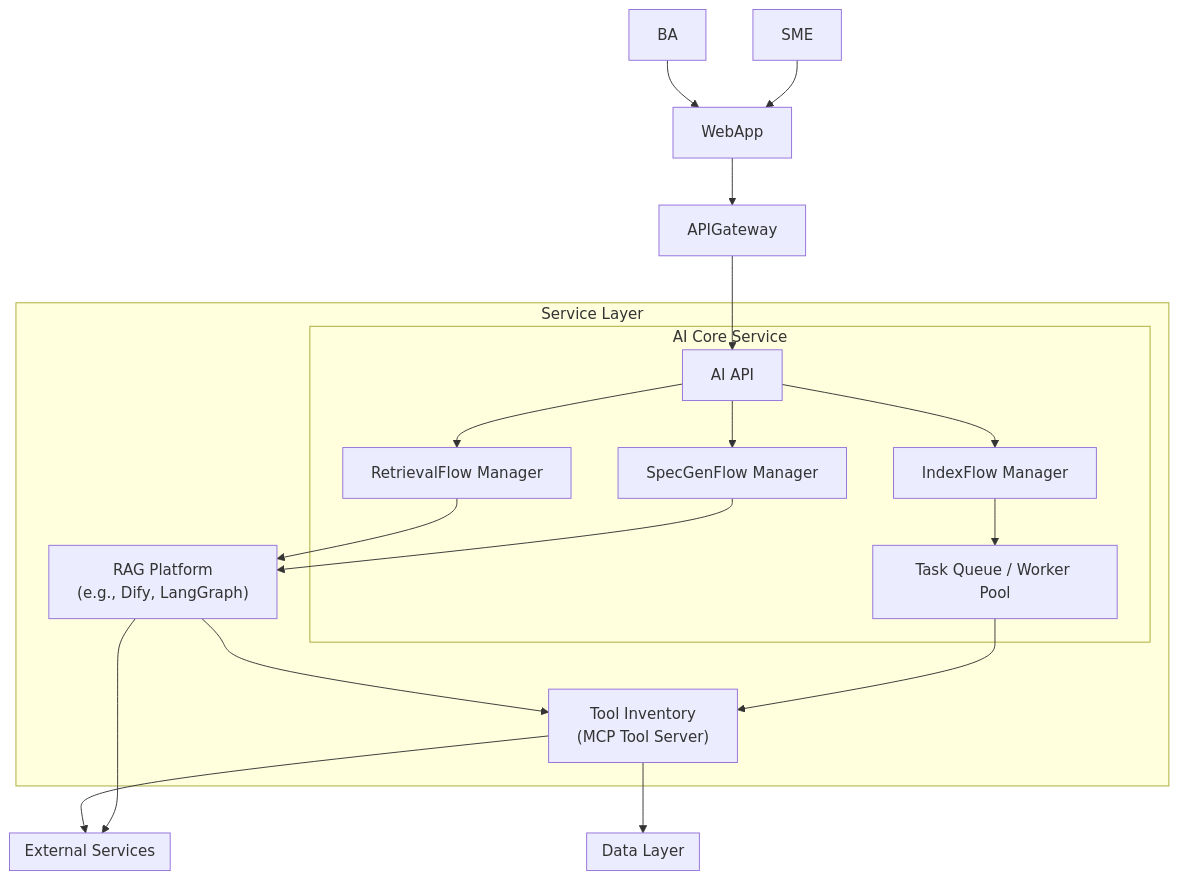
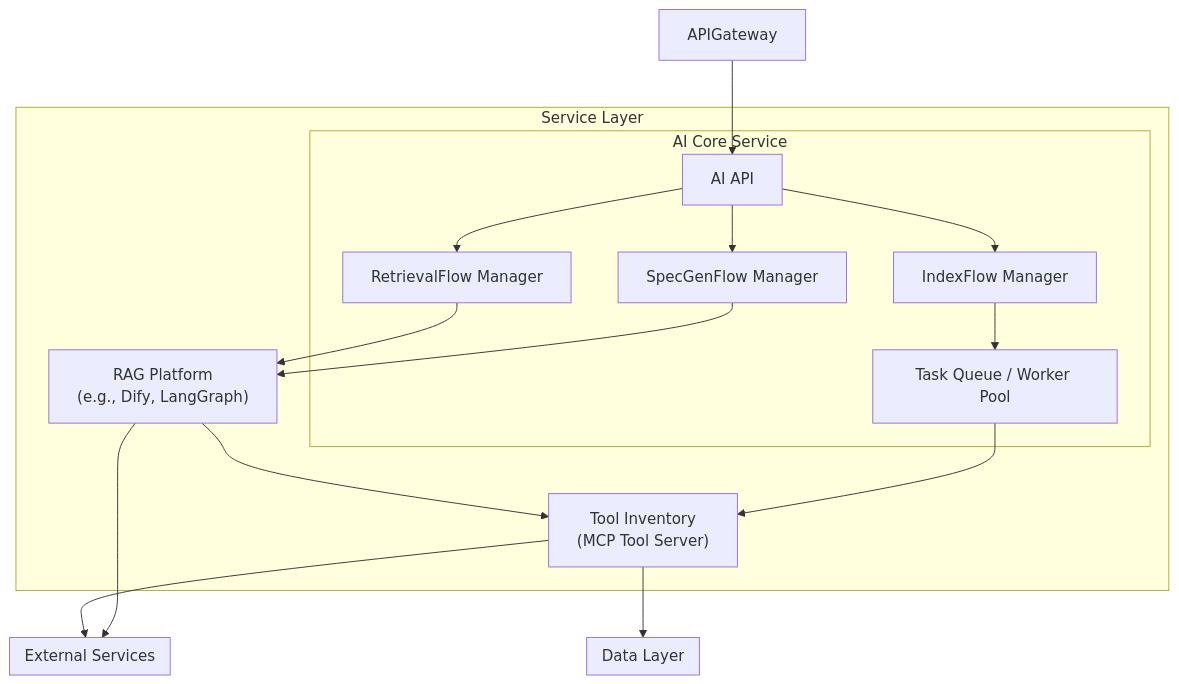
The third of 3 diagrams in Project Assistant/README.md (anhttmle/CAIO), drawn with Mermaid before and after one commit. The commit also changed other lines of this file, not shown here.

````diff
--- a/Project Assistant/README.md
+++ b/Project Assistant/README.md
@@ -78,73 +82,64 @@
 ```mermaid
 
 graph TB
     %% Service Layer
     subgraph LService["Service Layer"]
 
         subgraph AICore["AI Core Service"]
             AI["AI API"]
             IndexFlow["IndexFlow Manager"]
             SpecGenFlow["SpecGenFlow Manager"]
             RetrievalFlow["RetrievalFlow Manager"]
             AIWorker["Task Queue / Worker Pool"]
         end
 
         RAGPlatform["RAG Platform<br/>(e.g., Dify, LangGraph)"]
         ToolInventory["Tool Inventory<br/>(MCP Tool Server)"]
     end
 
     %% Data Layer
     subgraph LData["Data Layer"]
 
         %% RelDB["Relational DB<br/>(Project Metadata, User Spec, etc.)"]
         %% VecDB["Vector DB<br/>(Code, Spec Embeddings)"]
         %% GraphDB["Graph DB<br/>(Dependency Graphs, Relations)"]
         %% TextDB["Text DB<br/>(Full Text Index - Elastic/Lucene)"]
 
     end
 
     %% External Services
     subgraph LExternal["External Services"]
         %% OpenAI["OpenAI"]
         %% Gemini["Gemini"]
         %% Cohere["Cohere"]
     end
 
-    %% Flow Connections
-
-    %% User to WebApp
-    SME --> WebApp
-    BA --> WebApp
-
-    %% Frontend to API Gateway
-    WebApp --> APIGateway
-
     %% API Gateway to AI Core
     APIGateway --> AI
 
     %% AI Core: dispatch flows
     AI --> IndexFlow
     AI --> SpecGenFlow
     AI --> RetrievalFlow
 
     %% AI Core to Worker
     IndexFlow --> AIWorker
 
     %% Worker interacts with ToolInventory
     AIWorker --> ToolInventory
 
     %% RAG Platform receives call from SpecGen/Retrieval
     SpecGenFlow --> RAGPlatform
     RetrievalFlow --> RAGPlatform
 
     %% RAG Platform interacts with LLMs + ToolInventory
     RAGPlatform --> LExternal
 
     RAGPlatform --> ToolInventory
 
     %% Tool Inventory interacts with data stores & external tools
     ToolInventory --> LExternal
     ToolInventory --> LData
 
 
 ```
````
